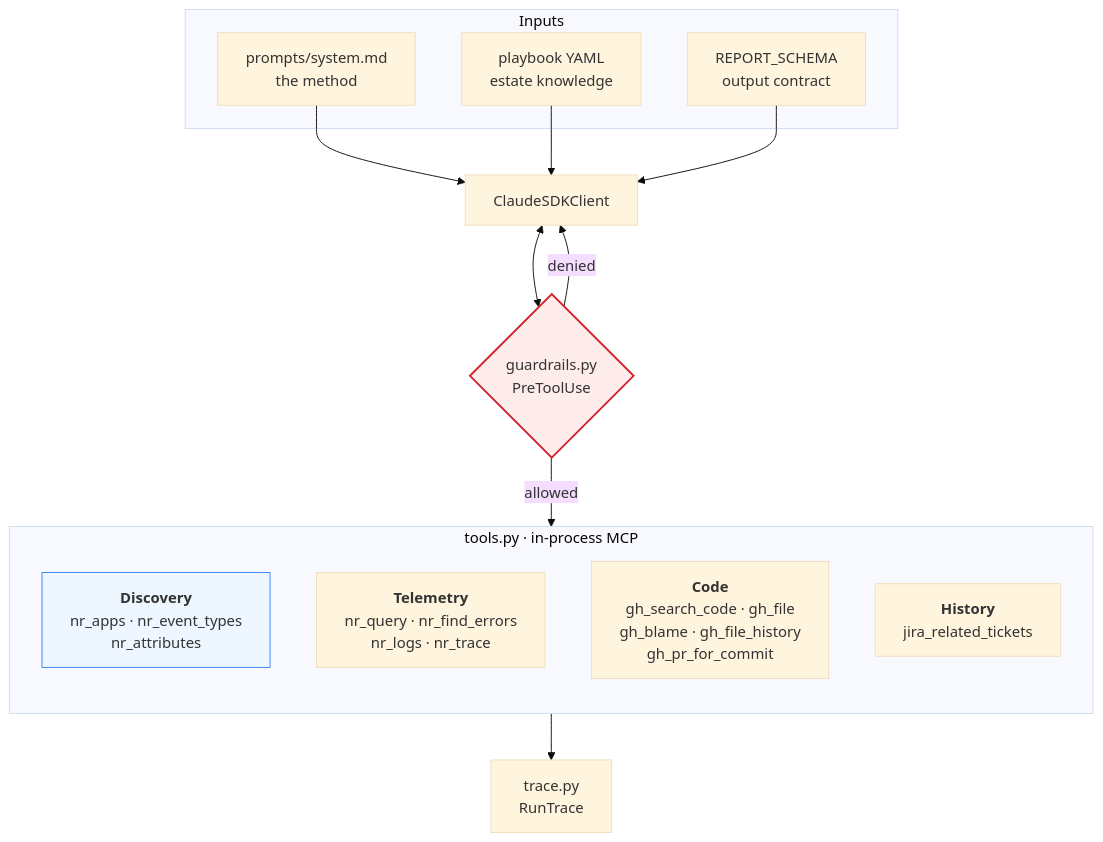
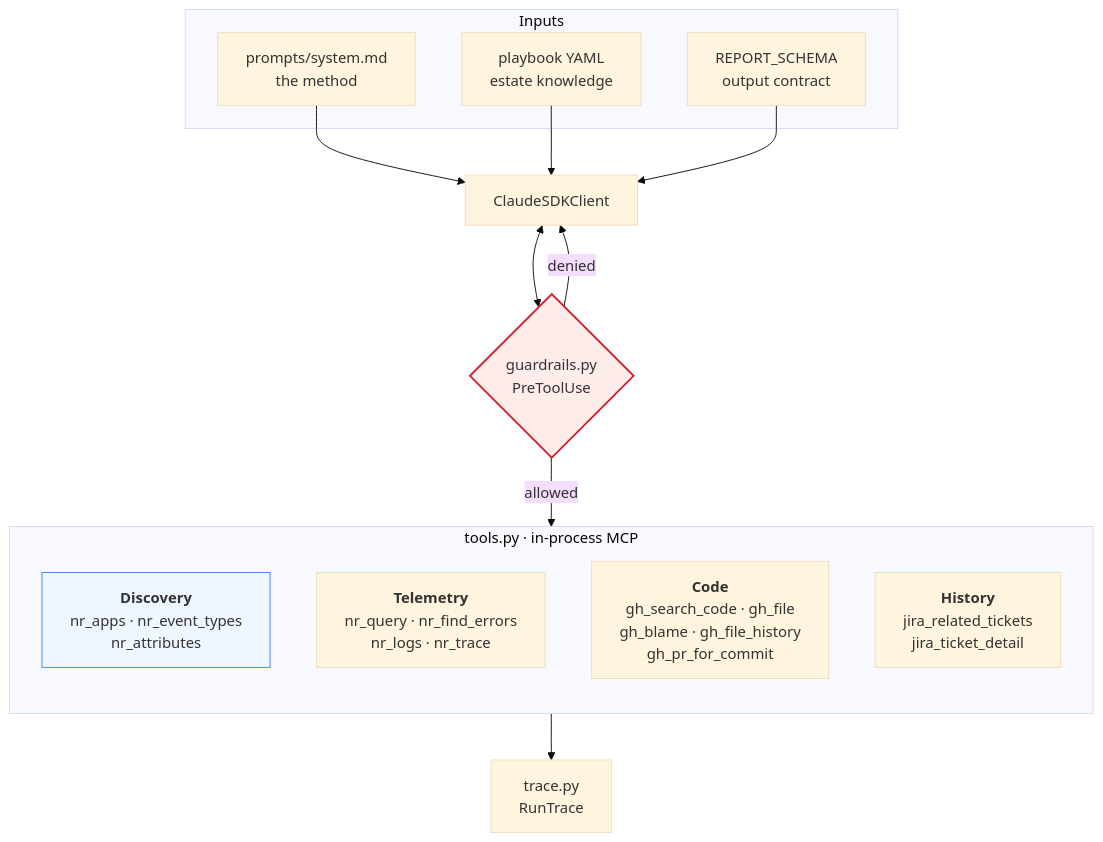
One commit to khushi-g25/Incident_IQ changed the third of 6 diagrams in ARCHITECTURE.md. Above: the diagram before and after it, drawn with Mermaid (base theme). The commit also changed 10 other files, not shown here.

````diff
--- a/ARCHITECTURE.md
+++ b/ARCHITECTURE.md
@@ -115,31 +115,31 @@
 ```mermaid
 flowchart TB
     SDK["ClaudeSDKClient"]
 
     subgraph inputs["Inputs"]
         SYS["prompts/system.md<br/>the method"]
         PB["playbook YAML<br/>estate knowledge"]
         SCH["REPORT_SCHEMA<br/>output contract"]
     end
 
     subgraph tools["tools.py · in-process MCP"]
         direction TB
         DISC["<b>Discovery</b><br/>nr_apps · nr_event_types<br/>nr_attributes"]
         NR["<b>Telemetry</b><br/>nr_query · nr_find_errors<br/>nr_logs · nr_trace"]
         GH["<b>Code</b><br/>gh_search_code · gh_file<br/>gh_blame · gh_file_history<br/>gh_pr_for_commit"]
-        JR["<b>History</b><br/>jira_related_tickets"]
+        JR["<b>History</b><br/>jira_related_tickets<br/>jira_ticket_detail"]
     end
 
     HOOK{"guardrails.py<br/>PreToolUse"}
 
     SYS --> SDK
     PB --> SDK
     SCH --> SDK
     SDK <--> HOOK
     HOOK -- allowed --> tools
     HOOK -- denied --> SDK
     tools --> TRACE["trace.py<br/>RunTrace"]
 
     style HOOK fill:#fdecea,stroke:#cf222e,stroke-width:2px
     style DISC fill:#eef6ff,stroke:#3b82f6
 ```
````
